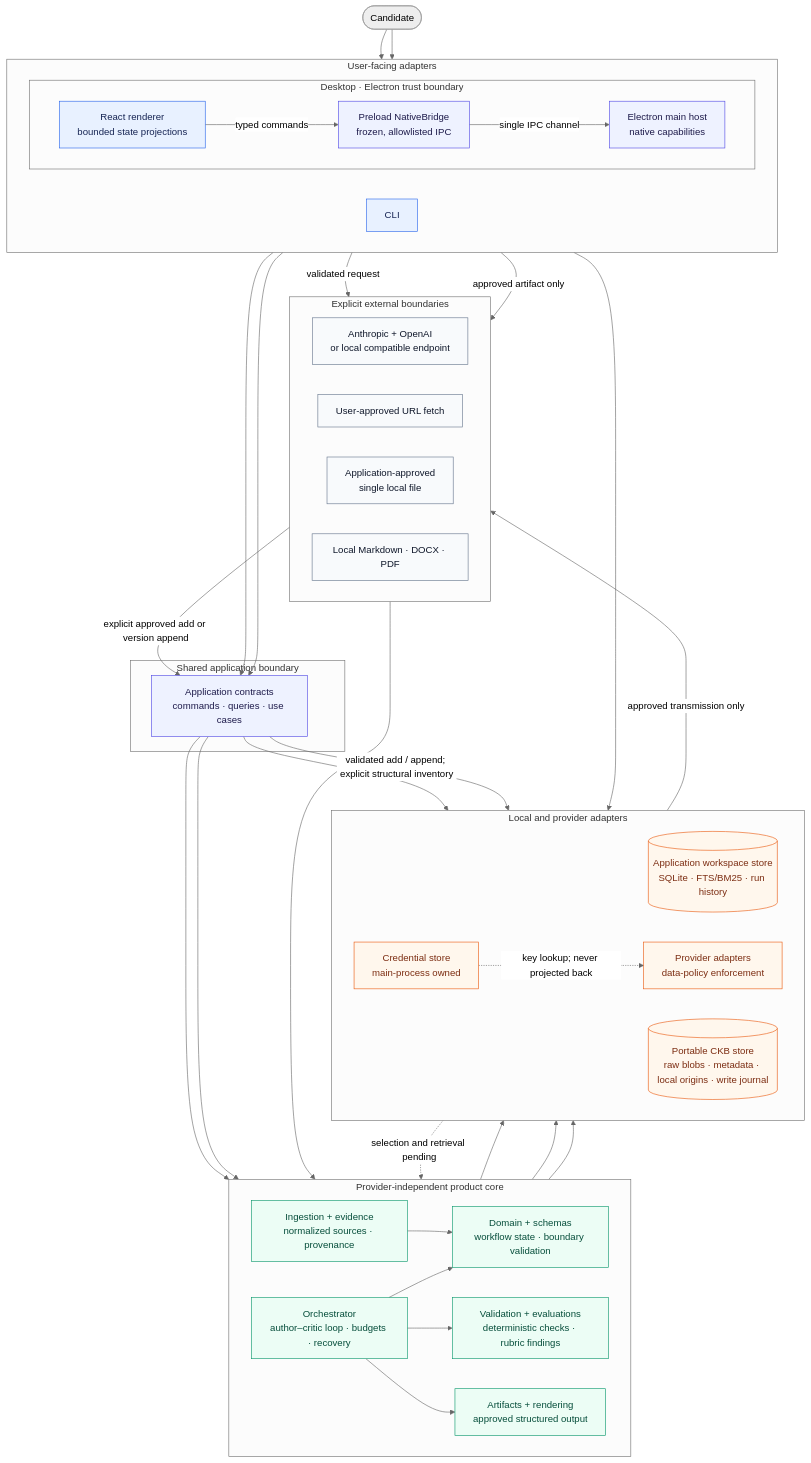
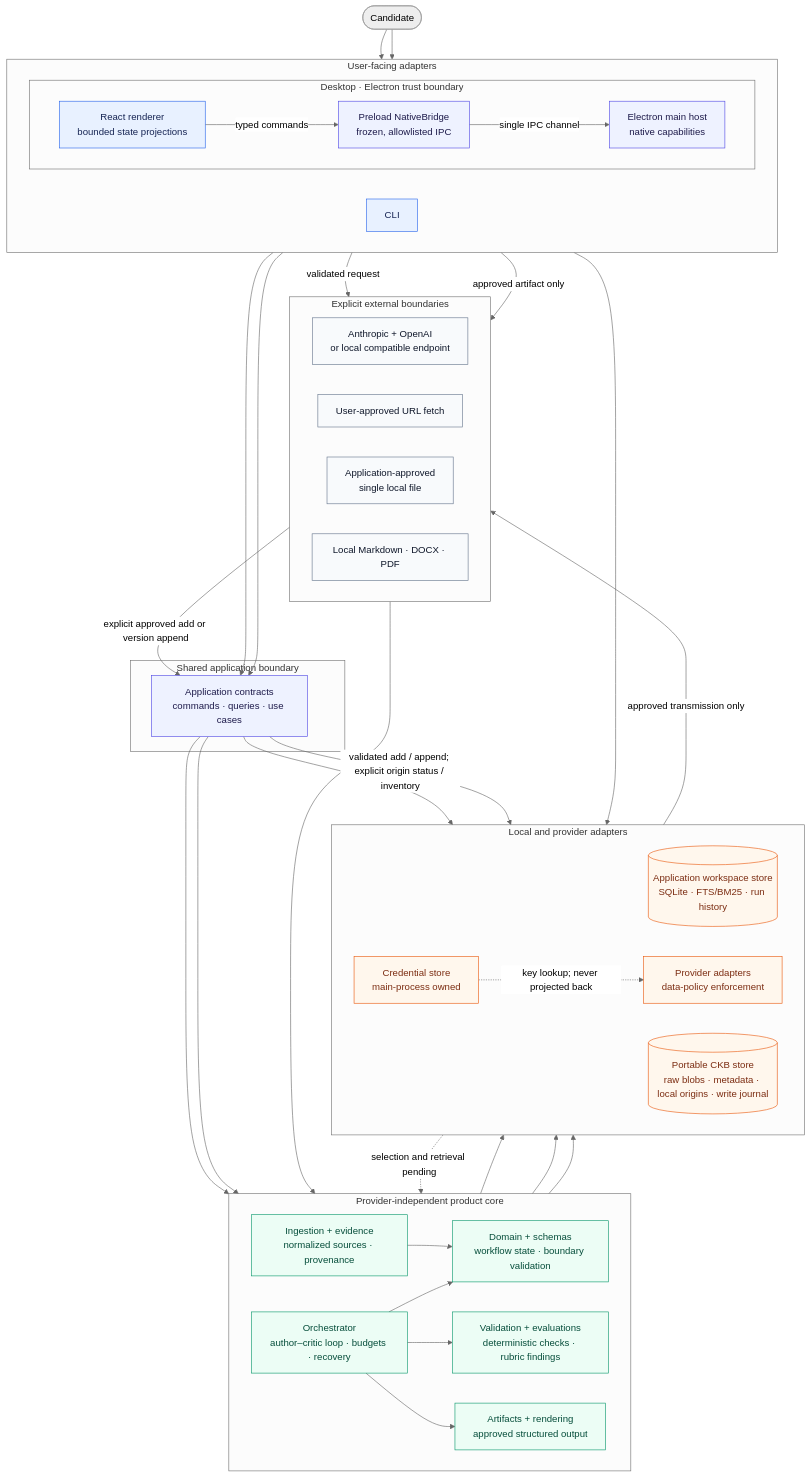
Before and after one commit to akoita/draft-loop: the diagram in docs/architecture.md, drawn with Mermaid (neutral theme). The commit also changed other lines of this file and 7 other files, not shown here.

````diff
--- a/docs/architecture.md
+++ b/docs/architecture.md
@@ -10,82 +10,82 @@
 ```mermaid
 flowchart TB
     User([Candidate])
 
     subgraph Adapters["User-facing adapters"]
         direction LR
         CLI["CLI"]
 
         subgraph Desktop["Desktop · Electron trust boundary"]
             direction LR
             Renderer["React renderer<br/>bounded state projections"]
             Bridge["Preload NativeBridge<br/>frozen, allowlisted IPC"]
             Host["Electron main host<br/>native capabilities"]
             Renderer -->|"typed commands"| Bridge
             Bridge -->|"single IPC channel"| Host
         end
     end
 
     subgraph Application["Shared application boundary"]
         App["Application contracts<br/>commands · queries · use cases"]
     end
 
     subgraph Core["Provider-independent product core"]
         direction LR
         Orchestrator["Orchestrator<br/>author–critic loop · budgets · recovery"]
         Domain["Domain + schemas<br/>workflow state · boundary validation"]
         Knowledge["Ingestion + evidence<br/>normalized sources · provenance"]
         Quality["Validation + evaluations<br/>deterministic checks · rubric findings"]
         Artifacts["Artifacts + rendering<br/>approved structured output"]
         Orchestrator --> Domain
         Knowledge --> Domain
         Orchestrator --> Quality
         Orchestrator --> Artifacts
     end
 
     subgraph Infrastructure["Local and provider adapters"]
         direction LR
         WorkspaceStore[("Application workspace store<br/>SQLite · FTS/BM25 · run history")]
         CKBStore[("Portable CKB store<br/>raw blobs · metadata · local origins · write journal")]
         Providers["Provider adapters<br/>data-policy enforcement"]
         Credentials["Credential store<br/>main-process owned"]
     end
 
     subgraph External["Explicit external boundaries"]
         direction LR
         Models["Anthropic + OpenAI<br/>or local compatible endpoint"]
         URL["User-approved URL fetch"]
         LocalFile["Application-approved<br/>single local file"]
         Export["Local Markdown · DOCX · PDF"]
     end
 
     User --> CLI
     User --> Renderer
     CLI --> App
     Host --> App
     App --> Orchestrator
     App --> Knowledge
     App --> WorkspaceStore
     Domain --> WorkspaceStore
     Knowledge --> WorkspaceStore
-    App -->|"validated add / append; explicit structural inventory"| CKBStore
+    App -->|"validated add / append; explicit origin status / inventory"| CKBStore
     CKBStore -.->|"selection and retrieval pending"| Knowledge
     Orchestrator --> Providers
     Host --> Credentials
     Credentials -.->|"key lookup; never projected back"| Providers
     Providers -->|"approved transmission only"| Models
     Host -->|"validated request"| URL
     URL --> Knowledge
     LocalFile -->|"explicit approved add or version append"| App
     Host -->|"approved artifact only"| Export
 
     classDef ui fill:#e8f1ff,stroke:#2563eb,color:#172554;
     classDef boundary fill:#eef2ff,stroke:#4f46e5,color:#1e1b4b;
     classDef core fill:#ecfdf5,stroke:#059669,color:#064e3b;
     classDef infra fill:#fff7ed,stroke:#ea580c,color:#7c2d12;
     classDef external fill:#f8fafc,stroke:#64748b,color:#0f172a;
     class CLI,Renderer ui;
     class Bridge,Host,App boundary;
     class Orchestrator,Domain,Knowledge,Quality,Artifacts core;
     class WorkspaceStore,CKBStore,Providers,Credentials infra;
     class Models,URL,LocalFile,Export external;
 ```
````
